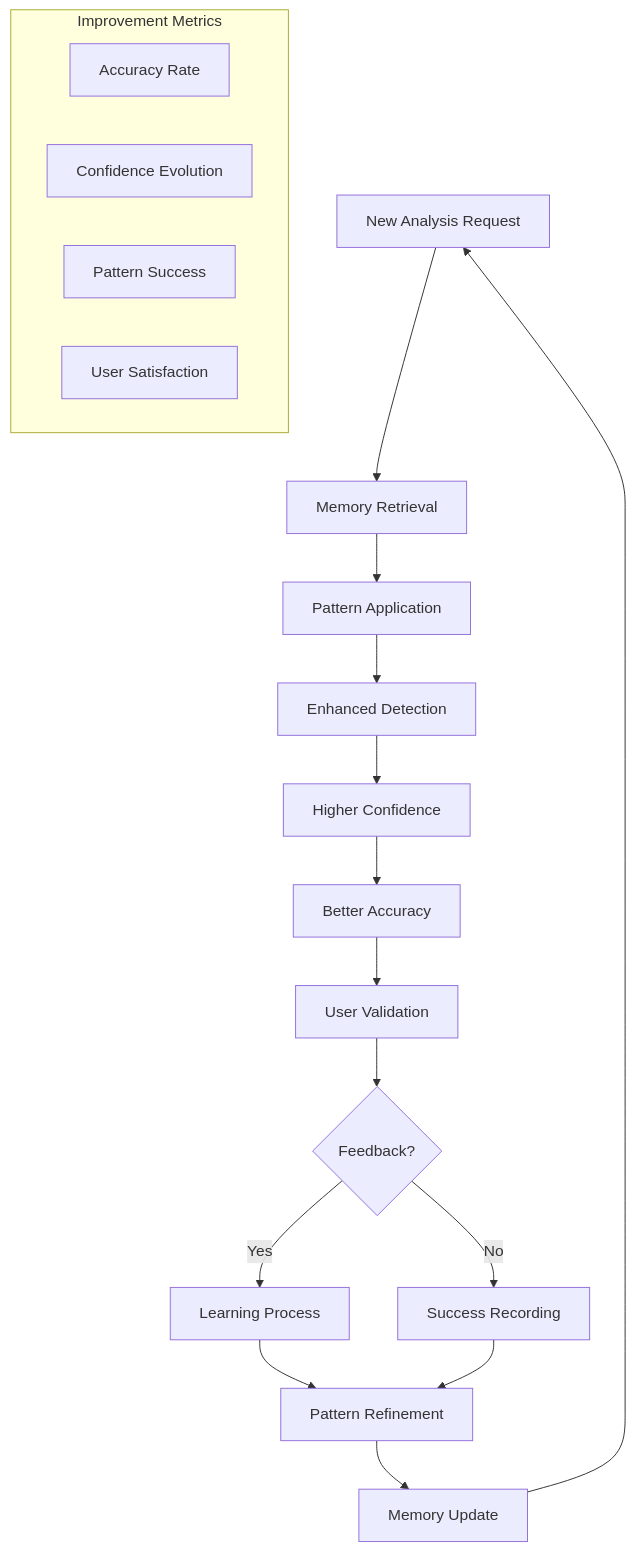
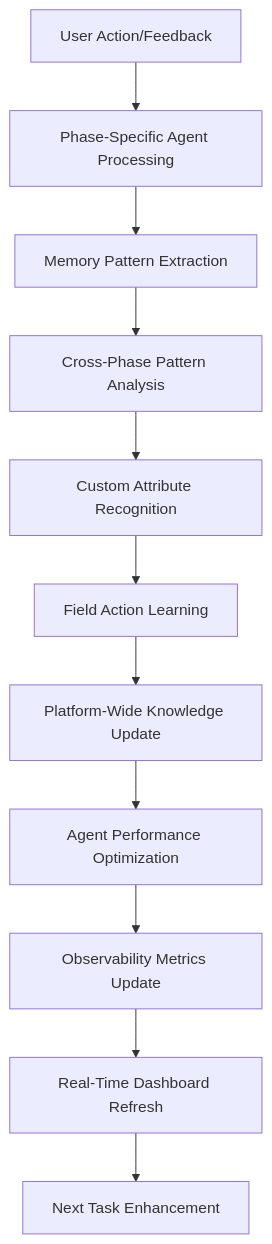
One commit to amitcjmu/Stock-Analysis changed the second of 2 diagrams in docs/CREWAI.md. Above: the diagram before and after it, drawn with Mermaid. The commit also changed other lines of this file and 3 other files, not shown here.

````diff
--- a/docs/CREWAI.md
+++ b/docs/CREWAI.md
@@ -665,23 +839,13 @@
 ```mermaid
 graph TD
-    A[New Analysis Request] --> B[Memory Retrieval]
-    B --> C[Pattern Application]
-    C --> D[Enhanced Detection]
-    D --> E[Higher Confidence]
-    E --> F[Better Accuracy]
-    F --> G[User Validation]
-    G --> H{Feedback?}
-    H -->|Yes| I[Learning Process]
-    H -->|No| J[Success Recording]
-    I --> K[Pattern Refinement]
-    J --> K
-    K --> L[Memory Update]
-    L --> A
-    
-    subgraph "Improvement Metrics"
-        M1[Accuracy Rate]
-        M2[Confidence Evolution]
-        M3[Pattern Success]
-        M4[User Satisfaction]
-    end
+    A[User Action/Feedback] --> B[Phase-Specific Agent Processing]
+    B --> C[Memory Pattern Extraction]
+    C --> D[Cross-Phase Pattern Analysis]
+    D --> E[Custom Attribute Recognition]
+    E --> F[Field Action Learning]
+    F --> G[Platform-Wide Knowledge Update]
+    G --> H[Agent Performance Optimization]
+    H --> I[Observability Metrics Update]
+    I --> J[Real-Time Dashboard Refresh]
+    J --> K[Next Task Enhancement]
 ```
````
